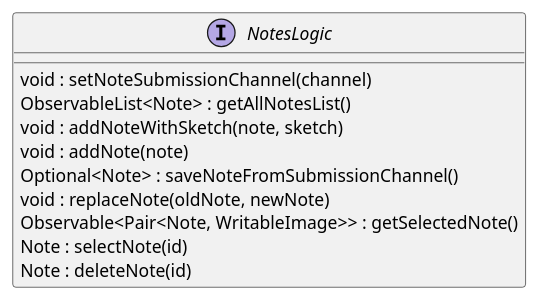
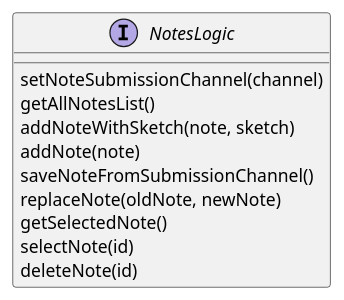
Before and after one commit to nus-cs2103-AY1920S1/addressbook-level3: the diagram in docs/diagrams/NotesLogic.puml, drawn with PlantUML. The commit also changed 17 other files, not shown here.

```diff
--- a/docs/diagrams/NotesLogic.puml
+++ b/docs/diagrams/NotesLogic.puml
@@ -1,15 +1,15 @@
 @startuml
 
 interface NotesLogic {
-    void : setNoteSubmissionChannel(channel)
-    ObservableList<Note> : getAllNotesList()
-    void : addNoteWithSketch(note, sketch)
-    void : addNote(note)
-    Optional<Note> : saveNoteFromSubmissionChannel()
-    void : replaceNote(oldNote, newNote)
-    Observable<Pair<Note, WritableImage>> : getSelectedNote()
-    Note : selectNote(id)
-    Note : deleteNote(id)
+    setNoteSubmissionChannel(channel)
+    getAllNotesList()
+    addNoteWithSketch(note, sketch)
+    addNote(note)
+    saveNoteFromSubmissionChannel()
+    replaceNote(oldNote, newNote)
+    getSelectedNote()
+    selectNote(id)
+    deleteNote(id)
 }
 
 @enduml
```
